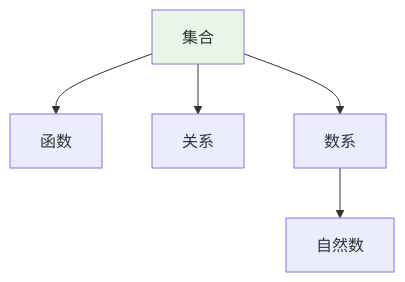
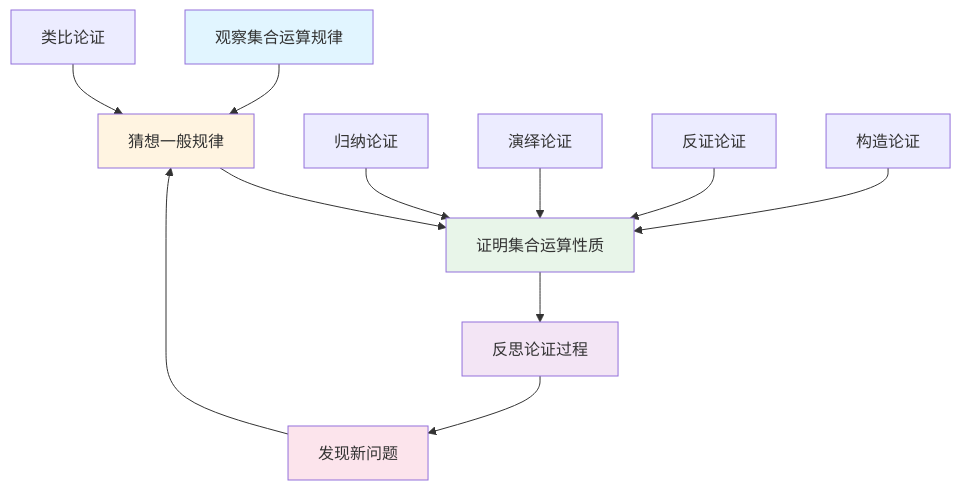
Before and after one commit to AdaMartin18010/FormalMath: the fifth of 11 diagrams in concept/核心概念/01-集合.md, drawn with Mermaid. The commit also changed other lines of this file and 4793 other files, not shown here.

````diff
--- a/concept/核心概念/01-集合.md
+++ b/concept/核心概念/01-集合.md
@@ -862,9 +2159,20 @@
 ```mermaid
 graph TD
-    A[集合] --> B[函数]
-    A --> C[关系]
-    A --> D[数系]
-    D --> E[自然数]
+    A[观察集合运算规律] --> B[猜想一般规律]
+    B --> C[证明集合运算性质]
+    C --> D[反思论证过程]
+    D --> E[发现新问题]
+    E --> B
 
-    style A fill:#e8f5e9
+    F[归纳论证] --> C
+    G[演绎论证] --> C
+    H[类比论证] --> B
+    I[反证论证] --> C
+    J[构造论证] --> C
+
+    style A fill:#e1f5ff
+    style B fill:#fff4e1
+    style C fill:#e8f5e9
+    style D fill:#f3e5f5
+    style E fill:#fce4ec
 ```
````
